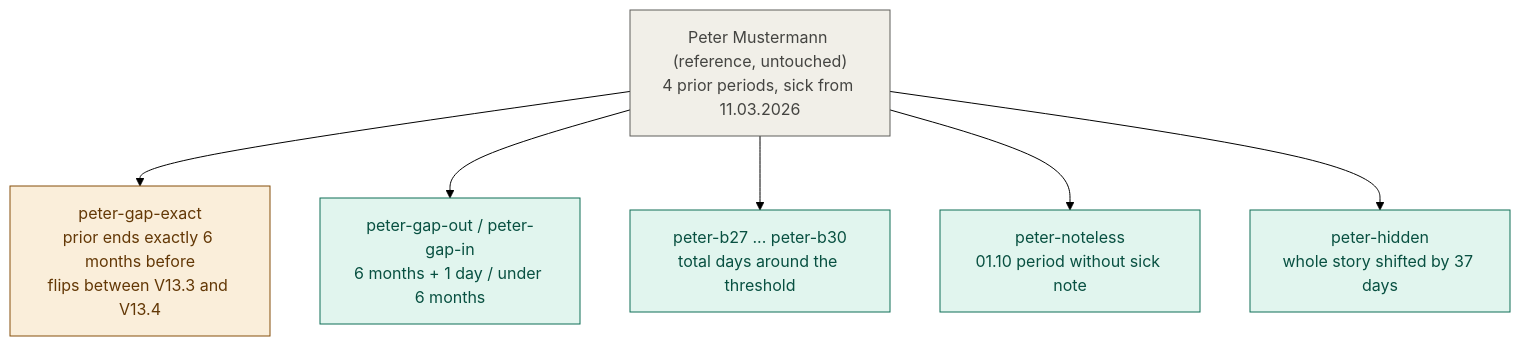
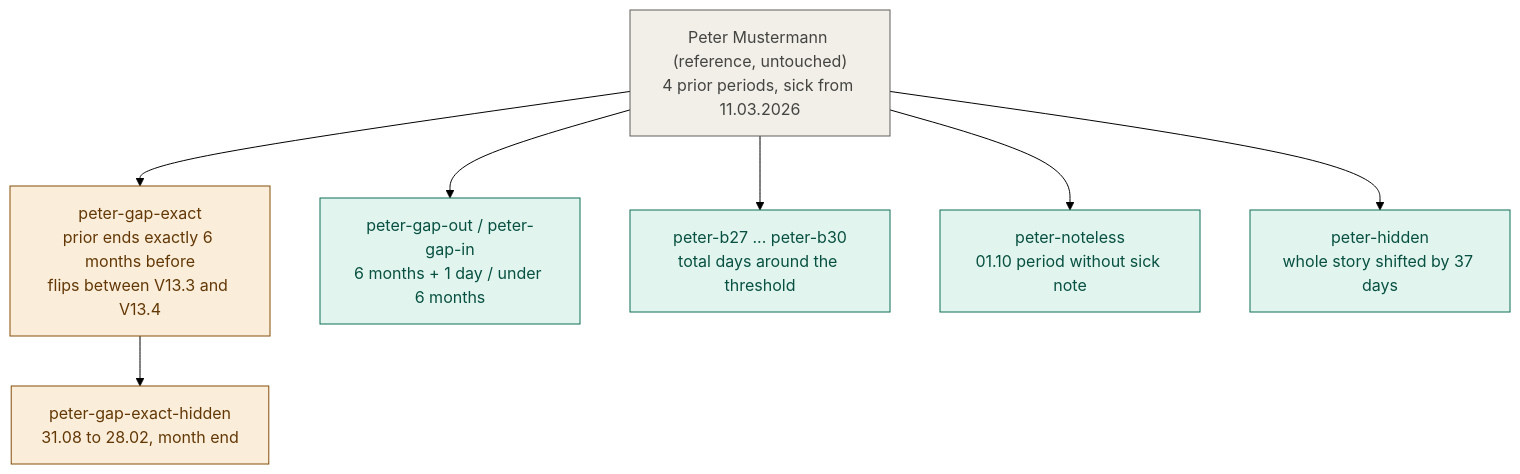
The diagram in plan/diagrams/08_test_case_clones.md (ahlemtr/ITSG-Futury-Build-day), drawn with Mermaid (forest theme) before and after one commit. The commit also changed other lines of this file and 14 other files, not shown here.

````diff
--- a/plan/diagrams/08_test_case_clones.md
+++ b/plan/diagrams/08_test_case_clones.md
@@ -3,16 +3,17 @@
 ```mermaid
 flowchart TD
     P["Peter Mustermann (reference, untouched)<br/>4 prior periods, sick from 11.03.2026"]
     P --> G0["peter-gap-exact<br/>prior ends exactly 6 months before<br/>flips between V13.3 and V13.4"]
     P --> G1["peter-gap-out / peter-gap-in<br/>6 months + 1 day / under 6 months"]
     P --> B["peter-b27 ... peter-b30<br/>total days around the threshold"]
     P --> N["peter-noteless<br/>01.10 period without sick note"]
     P --> H["peter-hidden<br/>whole story shifted by 37 days"]
+    G0 --> GH["peter-gap-exact-hidden<br/>31.08 to 28.02, month end"]
 
     classDef ref fill:#F1EFE8,stroke:#5F5E5A,color:#444441
     classDef clone fill:#E1F5EE,stroke:#0F6E56,color:#085041
     classDef key fill:#FAEEDA,stroke:#854F0B,color:#633806
     class P ref
     class G1,B,N,H clone
-    class G0 key
+    class G0,GH key
 ```
````
